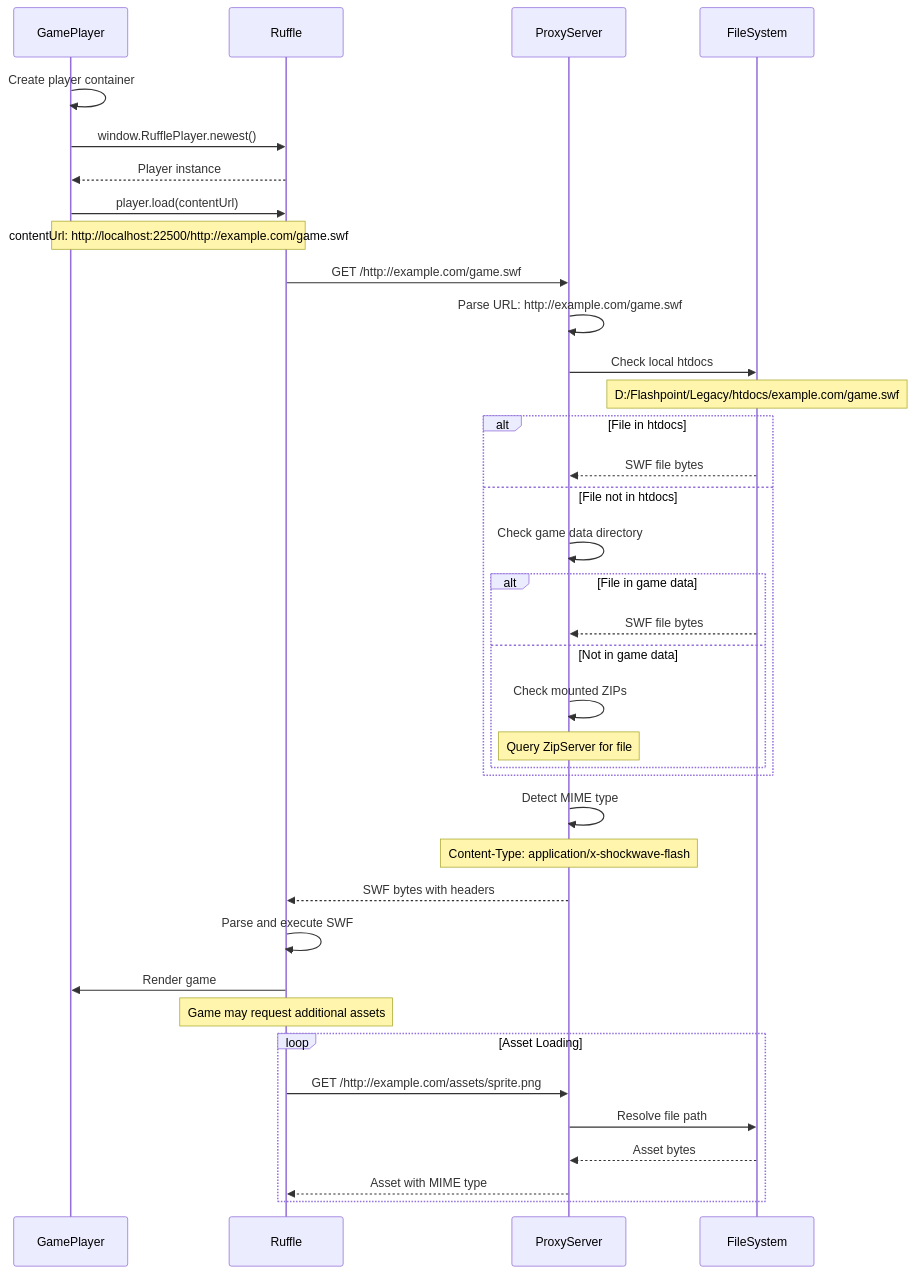
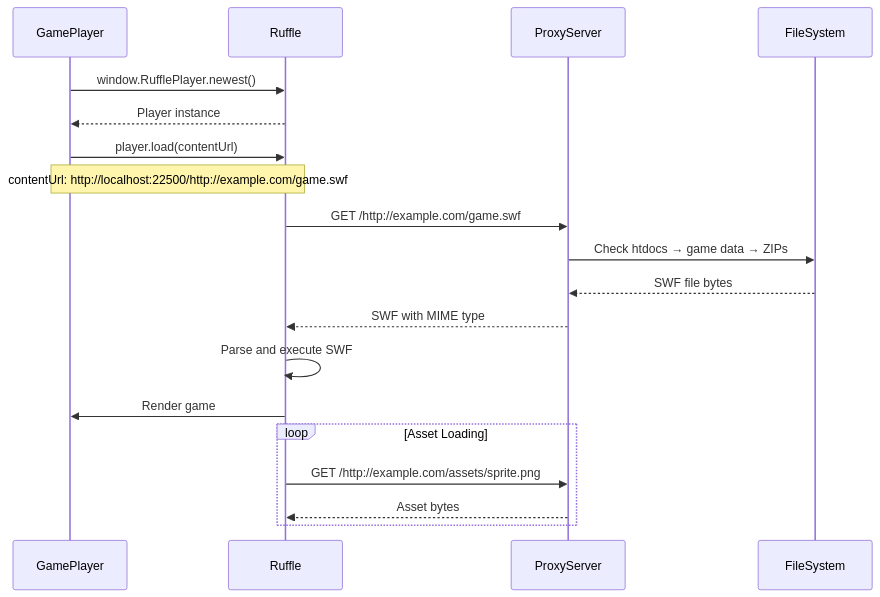
Before and after one commit to darkraise/flashpoint-web: the fourth of 6 diagrams in docs/02-architecture/game-launch-flow.md, drawn with Mermaid. The commit also changed other lines of this file and 98 other files, not shown here.

````diff
--- a/docs/02-architecture/game-launch-flow.md
+++ b/docs/02-architecture/game-launch-flow.md
@@ -272,48 +220,26 @@
 ```mermaid
 sequenceDiagram
     participant GamePlayer
     participant Ruffle
     participant ProxyServer
     participant FileSystem
 
-    GamePlayer->>GamePlayer: Create player container
     GamePlayer->>Ruffle: window.RufflePlayer.newest()
     Ruffle-->>GamePlayer: Player instance
 
     GamePlayer->>Ruffle: player.load(contentUrl)
     Note over GamePlayer,Ruffle: contentUrl: http://localhost:22500/http://example.com/game.swf
 
     Ruffle->>ProxyServer: GET /http://example.com/game.swf
-    ProxyServer->>ProxyServer: Parse URL: http://example.com/game.swf
+    ProxyServer->>FileSystem: Check htdocs → game data → ZIPs
+    FileSystem-->>ProxyServer: SWF file bytes
 
-    ProxyServer->>FileSystem: Check local htdocs
-    Note over FileSystem: D:/Flashpoint/Legacy/htdocs/example.com/game.swf
-
-    alt File in htdocs
-        FileSystem-->>ProxyServer: SWF file bytes
-    else File not in htdocs
-        ProxyServer->>ProxyServer: Check game data directory
-        alt File in game data
-            FileSystem-->>ProxyServer: SWF file bytes
-        else Not in game data
-            ProxyServer->>ProxyServer: Check mounted ZIPs
-            Note over ProxyServer: Query ZipServer for file
-        end
-    end
-
-    ProxyServer->>ProxyServer: Detect MIME type
-    Note over ProxyServer: Content-Type: application/x-shockwave-flash
-
-    ProxyServer-->>Ruffle: SWF bytes with headers
+    ProxyServer-->>Ruffle: SWF with MIME type
     Ruffle->>Ruffle: Parse and execute SWF
     Ruffle->>GamePlayer: Render game
 
-    Note over Ruffle: Game may request additional assets
-
     loop Asset Loading
         Ruffle->>ProxyServer: GET /http://example.com/assets/sprite.png
-        ProxyServer->>FileSystem: Resolve file path
-        FileSystem-->>ProxyServer: Asset bytes
-        ProxyServer-->>Ruffle: Asset with MIME type
+        ProxyServer-->>Ruffle: Asset bytes
     end
 ```
````
